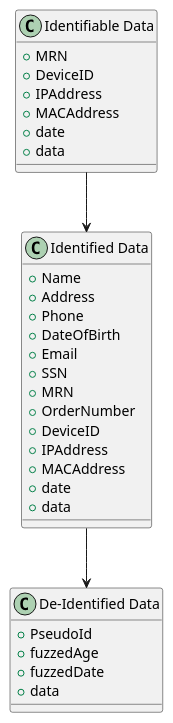
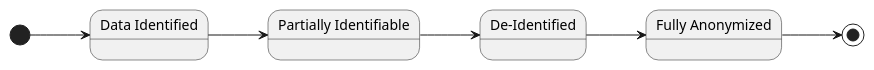
The diagram in input/images-source/identifiability.plantuml (IHE/ITI.DeIdHandbook), drawn with PlantUML before and after one commit. The commit also changed 2 other files, not shown here.

```diff
--- a/input/images-source/identifiability.plantuml
+++ b/input/images-source/identifiability.plantuml
@@ -1,34 +1,15 @@
 @startuml
-    class "Identified Data" as IdentifiedData {
-        + Name
-        + Address
-        + Phone
-        + DateOfBirth
-        + Email
-        + SSN
-        + MRN 
-        + OrderNumber
-        + DeviceID
-        + IPAddress
-        + MACAddress
-        + date
-        + data
-    }
-    class "Identifiable Data" as IdentifiableData {
-        + MRN 
-        + DeviceID
-        + IPAddress
-        + MACAddress
-        + date
-        + data
-    }
-    class "De-Identified Data" as DeIdentifiedData {
-        + PseudoId
-        + fuzzedAge
-        + fuzzedDate
-        + data
-    }
-    IdentifiableData --> IdentifiedData 
-    IdentifiedData --> DeIdentifiedData
+left to right direction
+
+[*] --> Identified
+state "Data Identified" as Identified
+state "Partially Identifiable" as Identifiable
+state "De-Identified" as DeIdentified
+state "Fully Anonymized" as Anonymized
+
+Identified --> Identifiable
+Identifiable --> DeIdentified
+DeIdentified --> Anonymized
+Anonymized --> [*]
 
 @enduml
```
